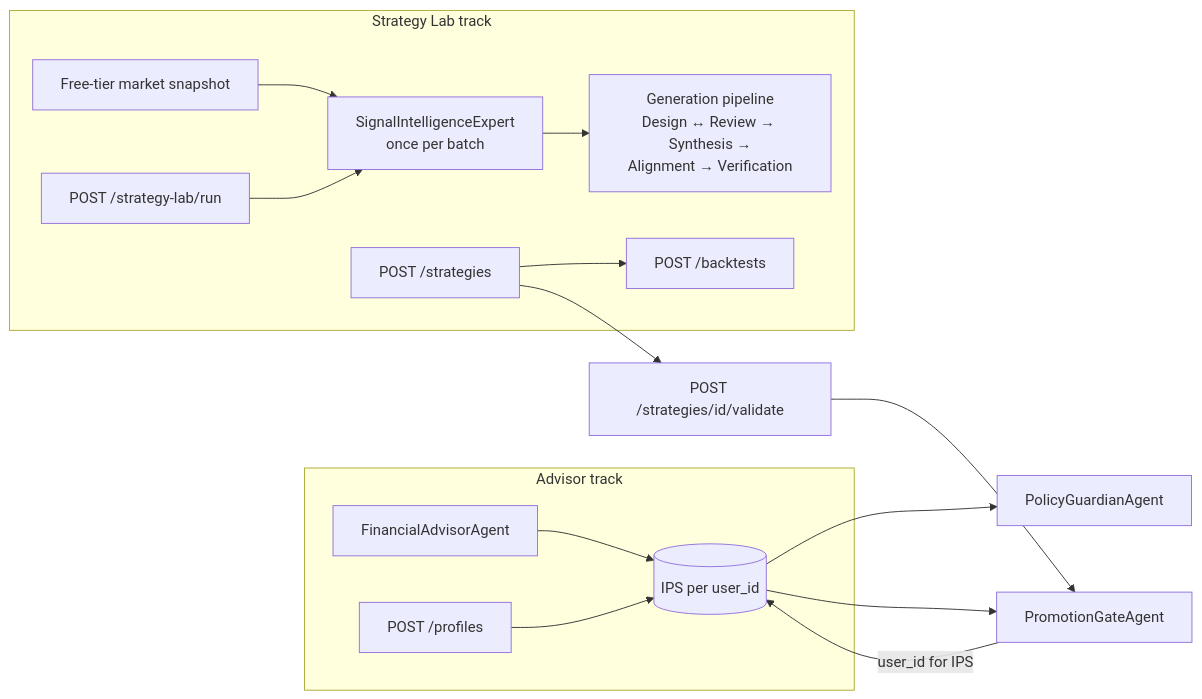
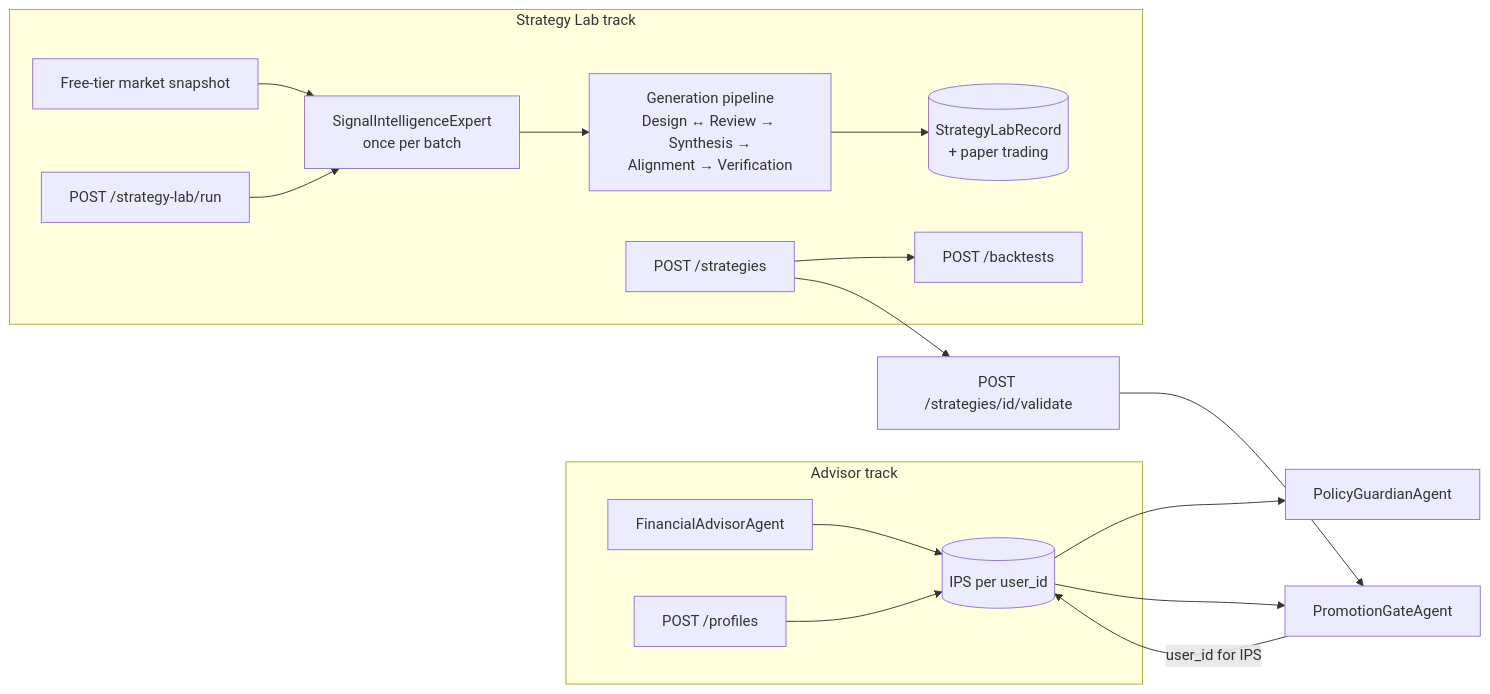
Before and after one commit to brandonkindred/Khala-Agentic-AI-Teams: the diagram in backend/agents/investment_team/README.md, drawn with Mermaid. The commit also changed 1 other file, not shown here.

Commit message:
docs(investment): fix two more review findings in Strategy Lab docs
- Give the "Two tracks" diagram's Generation pipeline node an
  outgoing edge instead of leaving it looking terminal. Verified
  POST /strategies and POST /backtests are a separate, ad hoc path
  (create_strategy/run_backtest, unrelated to the batch pipeline) so
  wiring GP directly into them would be wrong; added a StrategyLabRecord
  output node instead, matching the pipeline's actual persisted output.
- Qualify architecture.md section 8's "workflow/activities don't push
  into this bus directly" claim: run_design_attempt_activity's own
  progress callback does call job_event_bus.publish directly as a
  best-effort side channel, which the diagram's own DesignAttempt
  edge already (correctly) shows — the prose was the stale side.

````diff
--- a/backend/agents/investment_team/README.md
+++ b/backend/agents/investment_team/README.md
@@ -16,27 +16,29 @@
 ```mermaid
 flowchart LR
   subgraph advisor [Advisor track]
     FA[FinancialAdvisorAgent]
     Prof[POST /profiles]
     IPS[(IPS per user_id)]
     FA --> IPS
     Prof --> IPS
   end
   subgraph lab [Strategy Lab track]
     MD[Free-tier market snapshot]
     SL[POST /strategy-lab/run]
     SIG[SignalIntelligenceExpert<br/>once per batch]
     GP[Generation pipeline<br/>Design ↔ Review → Synthesis →<br/>Alignment → Verification]
+    LabRec[(StrategyLabRecord<br/>+ paper trading)]
     ST[POST /strategies]
     BT[POST /backtests]
     SL --> SIG
     MD --> SIG
     SIG --> GP
+    GP --> LabRec
     ST --> BT
   end
   IPS --> PG[PolicyGuardianAgent]
   IPS --> PGate[PromotionGateAgent]
   ST --> Val[POST /strategies/id/validate]
   Val --> PGate
   PGate -->|"user_id for IPS"| IPS
 ```
````
